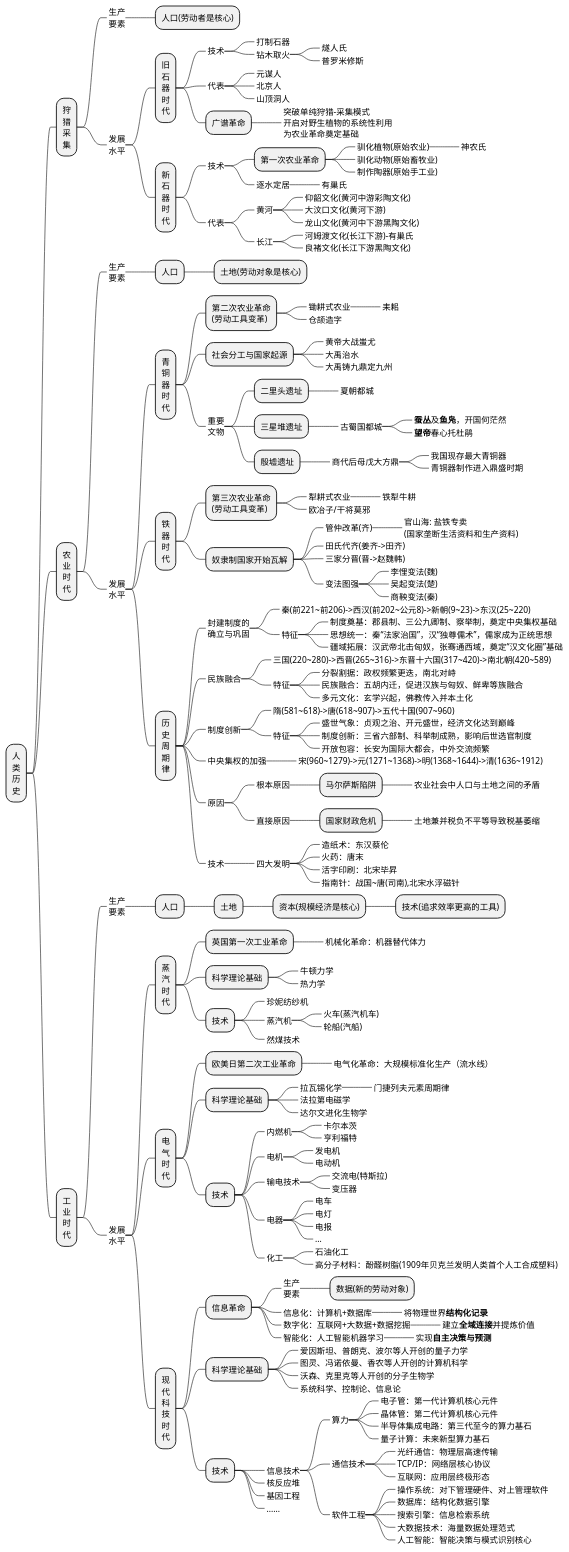
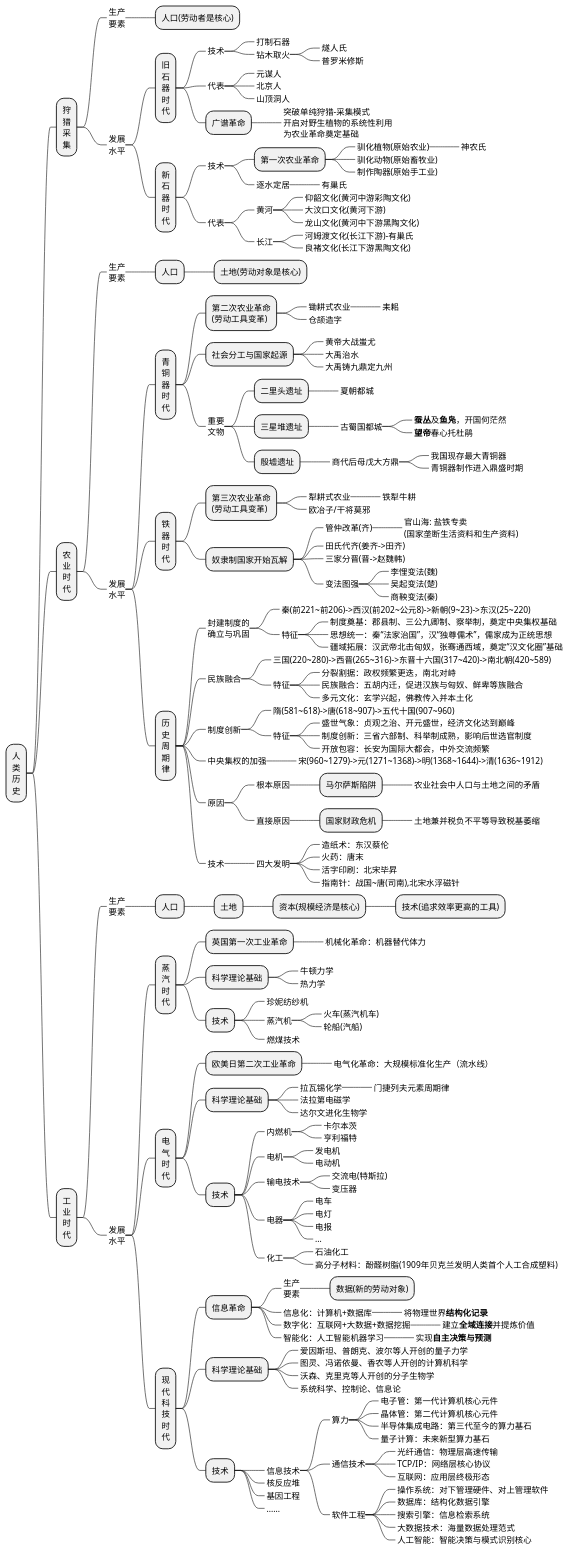
Before and after one commit to holmofy/blog.hufeifei.cn: the first of 4 diagrams in source/_posts/economic/economic_and_history.md, drawn with PlantUML.

```diff
--- a/source/_posts/economic/economic_and_history.md
+++ b/source/_posts/economic/economic_and_history.md
@@ -144,7 +144,7 @@
 ++++++_ 蒸汽机
 +++++++_ 火车(蒸汽机车)
 +++++++_ 轮船(汽船)
-++++++_ 然煤技术
+++++++_ 燃煤技术
 ++++ 电\n气\n时\n代
 +++++ 欧美日第二次工业革命
 ++++++_ 电气化革命：大规模标准化生产（流水线）
```
